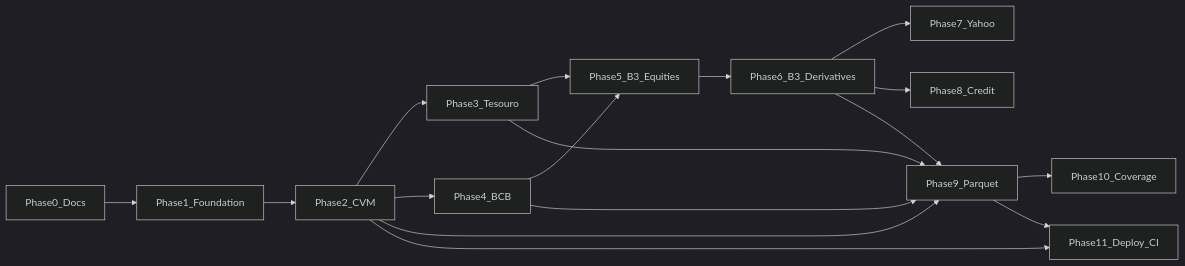
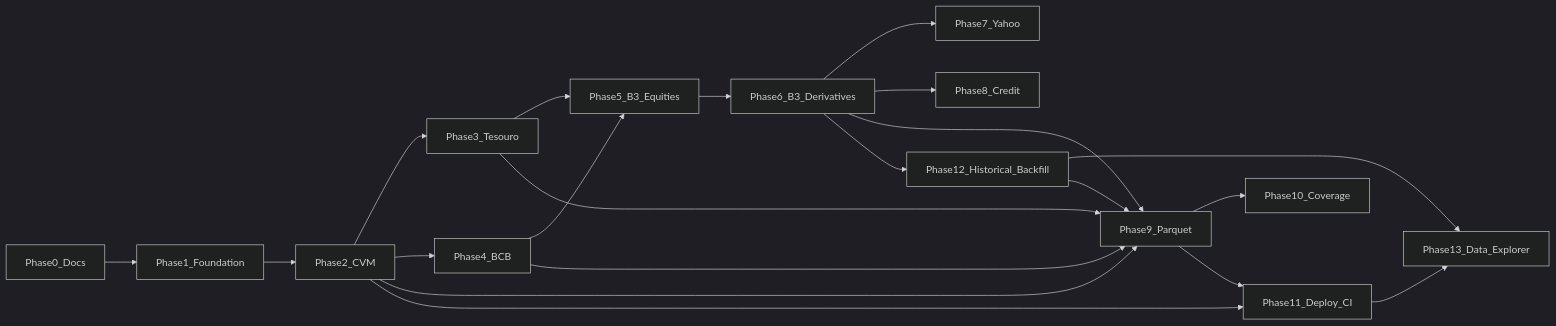
One commit to celowiz/open-market-data changed the diagram in docs/IMPLEMENTATION_PLAN.md. Above: the diagram before and after it, drawn with Mermaid (dark theme). The commit also changed other lines of this file and 14 other files, not shown here.

````diff
--- a/docs/IMPLEMENTATION_PLAN.md
+++ b/docs/IMPLEMENTATION_PLAN.md
@@ -65,31 +66,37 @@
 ```mermaid
 flowchart LR
   P0[Phase0_Docs]
   P1[Phase1_Foundation]
   P2[Phase2_CVM]
   P3[Phase3_Tesouro]
   P4[Phase4_BCB]
   P5[Phase5_B3_Equities]
   P6[Phase6_B3_Derivatives]
   P7[Phase7_Yahoo]
   P8[Phase8_Credit]
   P9[Phase9_Parquet]
   P10[Phase10_Coverage]
   P11[Phase11_Deploy_CI]
+  P12[Phase12_Historical_Backfill]
+  P13[Phase13_Data_Explorer]
 
   P0 --> P1 --> P2
   P2 --> P3
   P2 --> P4
   P3 --> P5
   P4 --> P5
   P5 --> P6
   P6 --> P7
   P6 --> P8
   P2 --> P9
   P3 --> P9
   P4 --> P9
   P6 --> P9
   P9 --> P10
   P2 --> P11
   P9 --> P11
+  P6 --> P12
+  P12 --> P13
+  P12 --> P9
+  P11 --> P13
 ```
````
